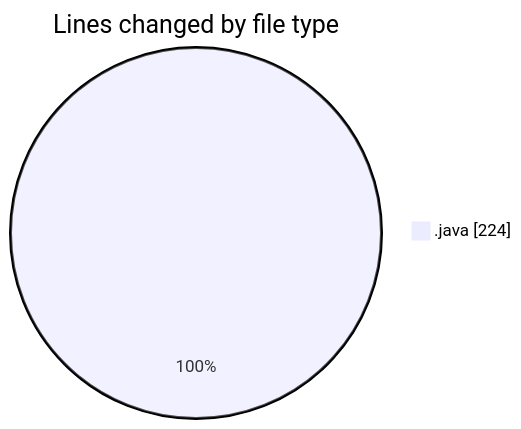
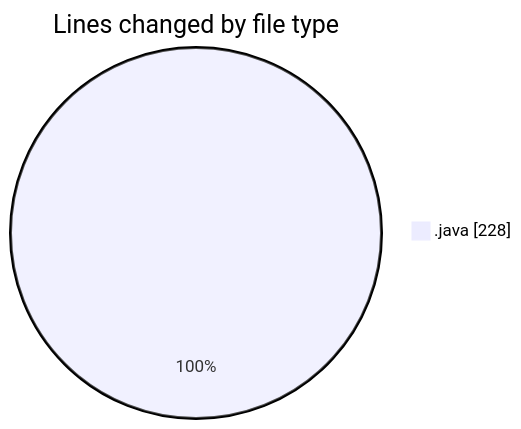
Before and after one commit to NitaiMahat/code-tracking: the first of 2 diagrams in 2025-02-24/startfiles/README.md, drawn with Mermaid. The commit also changed other lines of this file and 1 other file, not shown here.

````diff
--- a/2025-02-24/startfiles/README.md
+++ b/2025-02-24/startfiles/README.md
@@ -21,5 +21,5 @@
 ```mermaid
 pie showData
 title Lines changed by file type
-".java" : 224
+".java" : 228
 ```
````
